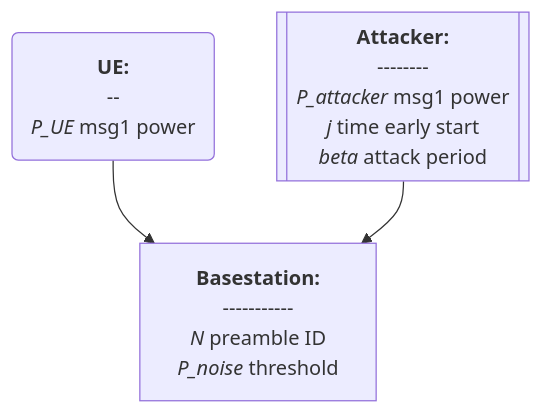
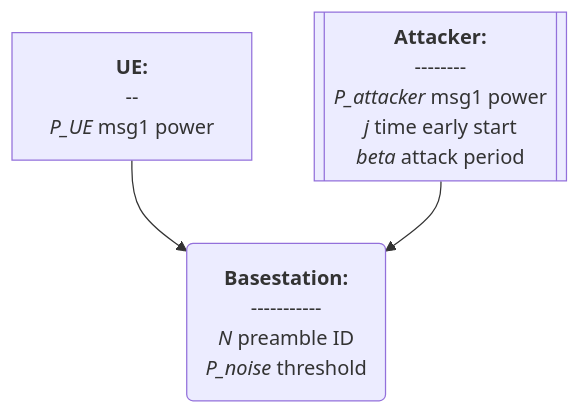
The second of 2 diagrams in docs/20250310 Thesis (Basic Msg1 Model).md (bmw-ece-ntust/wilfrid-prach-attack-analysis), drawn with Mermaid before and after one commit.

Commit message:
Update 20250310 Thesis (Basic Msg1 Model).md

````diff
--- a/docs/20250310 Thesis (Basic Msg1 Model).md
+++ b/docs/20250310 Thesis (Basic Msg1 Model).md
@@ -31,17 +31,17 @@
 ```mermaid
 flowchart TD
-    A["`**Basestation:**
+    A("`**Basestation:**
     -----------
     *N* preamble ID
-    *P_noise* threshold`"]
-    B("`**UE:**
+    *P_noise* threshold`")
+    B["`**UE:**
     --
-    *P_UE* msg1 power`")
+    *P_UE* msg1 power`"]
     C[["`**Attacker:**
     --------
     *P_attacker* msg1 power
     *j* time early start
     *beta* attack period`"]]
     B-->A
     C-->A
 ```
````
